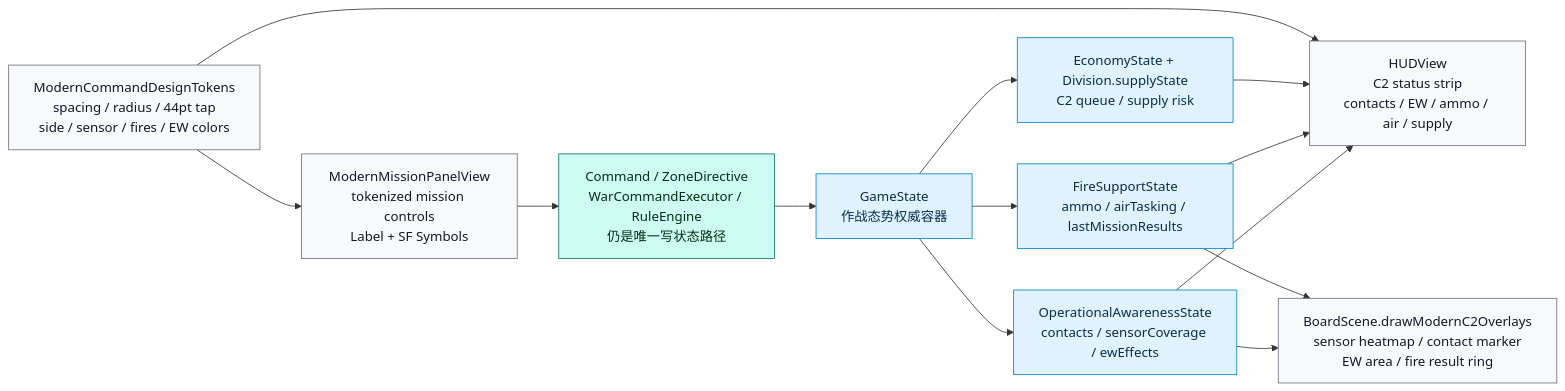
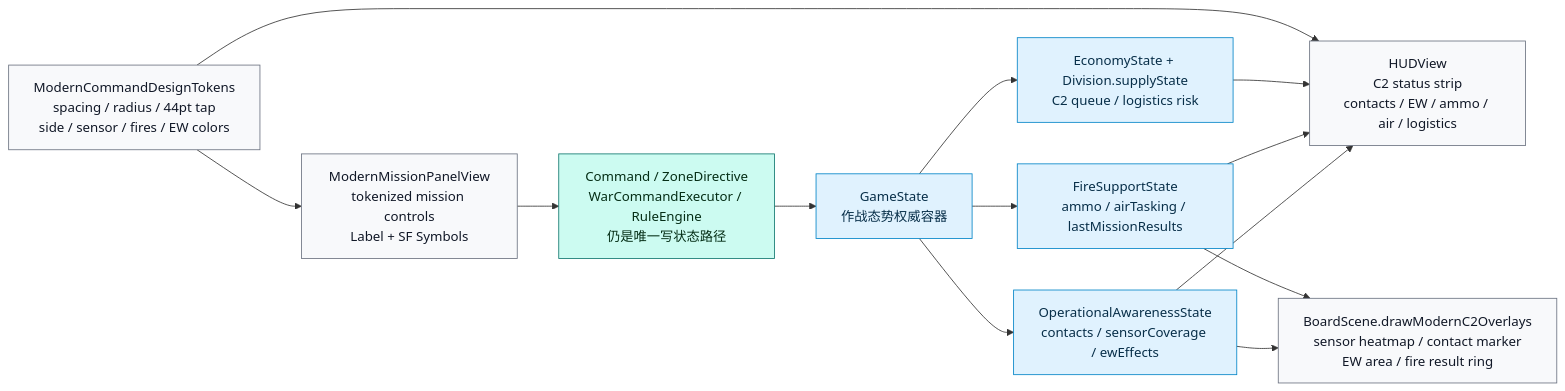
The tenth of 20 diagrams in md/flow/flowchart.md (Altman-sam114/127), drawn with Mermaid before and after one commit. The commit also changed other lines of this file and 6 other files, not shown here.

````diff
--- a/md/flow/flowchart.md
+++ b/md/flow/flowchart.md
@@ -293,25 +293,25 @@
 ```mermaid
 flowchart LR
     GS["GameState<br/>作战态势权威容器"]:::state
     AWARE["OperationalAwarenessState<br/>contacts / sensorCoverage / ewEffects"]:::state
     FIRE["FireSupportState<br/>ammo / airTasking / lastMissionResults"]:::state
-    ECON["EconomyState + Division.supplyState<br/>C2 queue / supply risk"]:::state
+    ECON["EconomyState + Division.supplyState<br/>C2 queue / logistics risk"]:::state
     TOKENS["ModernCommandDesignTokens<br/>spacing / radius / 44pt tap<br/>side / sensor / fires / EW colors"]:::display
-    HUD["HUDView<br/>C2 status strip<br/>contacts / EW / ammo / air / supply"]:::display
+    HUD["HUDView<br/>C2 status strip<br/>contacts / EW / ammo / air / logistics"]:::display
     TASKS["ModernMissionPanelView<br/>tokenized mission controls<br/>Label + SF Symbols"]:::display
     MAP["BoardScene.drawModernC2Overlays<br/>sensor heatmap / contact marker<br/>EW area / fire result ring"]:::display
     RULES["Command / ZoneDirective<br/>WarCommandExecutor / RuleEngine<br/>仍是唯一写状态路径"]:::rules
 
     GS --> AWARE --> HUD
     GS --> FIRE --> HUD
     GS --> ECON --> HUD
     TOKENS --> HUD
     TOKENS --> TASKS
     AWARE --> MAP
     FIRE --> MAP
     TASKS --> RULES --> GS
 
     classDef state fill:#e0f2fe,stroke:#0284c7,color:#082f49
     classDef display fill:#f8f9fb,stroke:#6b7280,color:#111827
     classDef rules fill:#ccfbf1,stroke:#0f766e,color:#052e16
 ```
````
